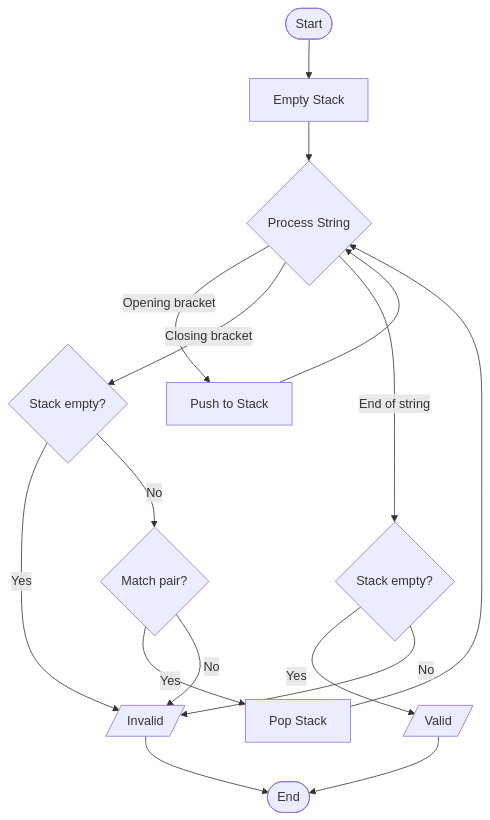
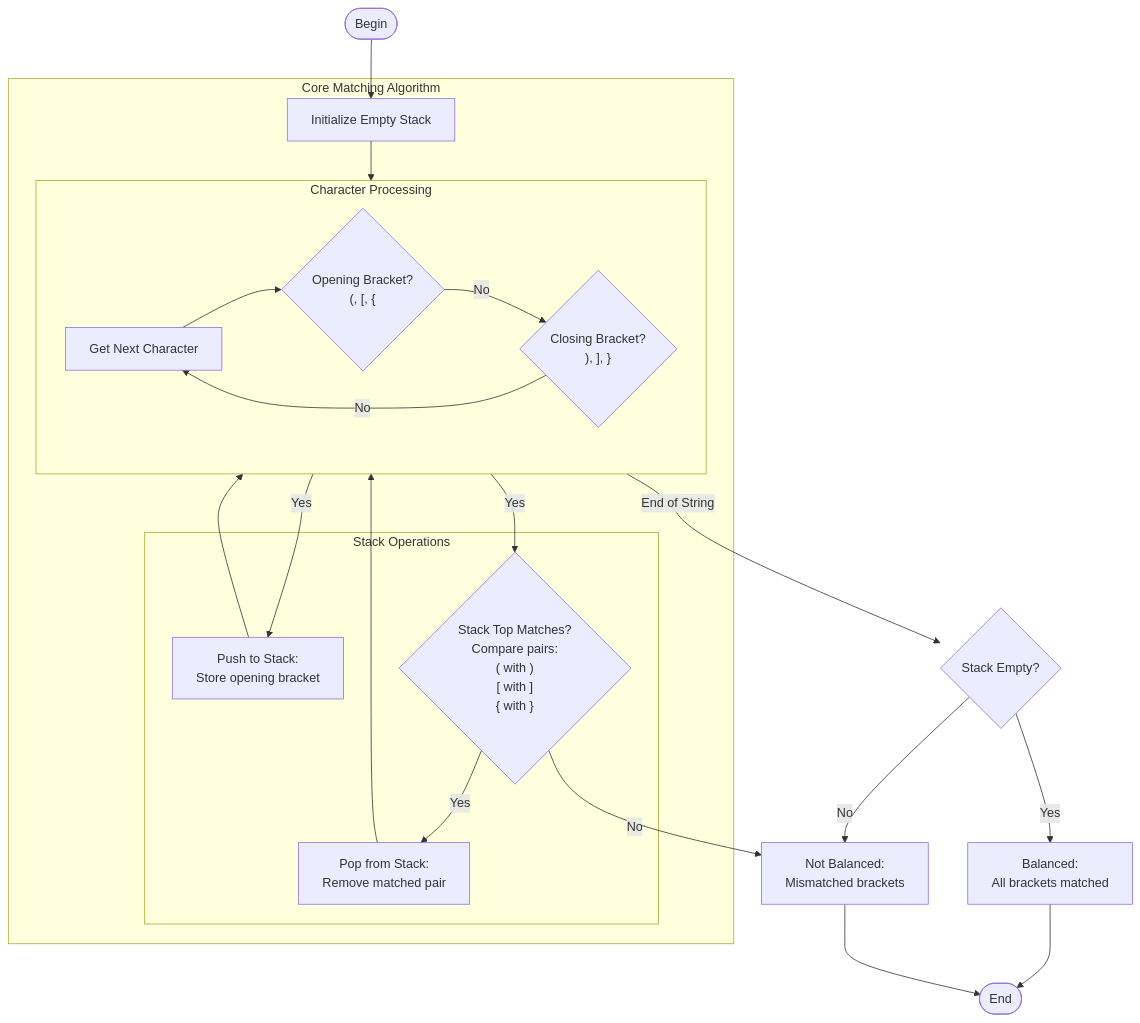
Before and after one commit to toanthanh1/c_code: the diagram in balanced_parentheses.md, drawn with Mermaid. The commit also changed other lines of this file and 16 other files, not shown here.

````diff
--- a/balanced_parentheses.md
+++ b/balanced_parentheses.md
@@ -25,18 +25,54 @@
 ```mermaid
 flowchart TD
-    A([Start]) --> B[Empty Stack]
-    B --> C{Process String}
-    C -->|Opening bracket| D[Push to Stack]
-    C -->|Closing bracket| E{Stack empty?}
-    E -->|Yes| F[/Invalid/]
-    E -->|No| G{Match pair?}
-    G -->|Yes| H[Pop Stack]
-    G -->|No| F
-    H --> C
-    D --> C
-    C -->|End of string| I{Stack empty?}
-    I -->|Yes| J[/Valid/]
-    I -->|No| F
-    J --> K([End])
-    F --> K
+    Begin([Begin]) --> Init
+
+    subgraph "Core Matching Algorithm"
+        Init["Initialize Empty Stack"]
+        
+        subgraph "Character Processing"
+            direction LR
+            Char["Get Next Character"]
+            IsOpen{"Opening Bracket?
+            (, [, {"}
+            IsClose{"Closing Bracket?
+            ), ], }"}
+        end
+        
+        subgraph "Stack Operations"
+            Push["Push to Stack:
+            Store opening bracket"]
+            
+            Match{"Stack Top Matches?
+            Compare pairs:
+            ( with )
+            [ with ]
+            { with }"}
+            
+            Pop["Pop from Stack:
+            Remove matched pair"]
+        end
+    end
+
+    Init --> Char
+    Char --> IsOpen
+    IsOpen -->|Yes| Push
+    Push --> Char
+    
+    IsOpen -->|No| IsClose
+    IsClose -->|Yes| Match
+    IsClose -->|No| Char
+    
+    Match -->|Yes| Pop
+    Match -->|No| Invalid["Not Balanced:
+    Mismatched brackets"]
+    
+    Pop --> Char
+    
+    Char -->|End of String| Final{"Stack Empty?"}
+    Final -->|Yes| Valid["Balanced:
+    All brackets matched"]
+    Final -->|No| Invalid
+    
+    Valid --> End([End])
+    Invalid --> End
 ```
````
